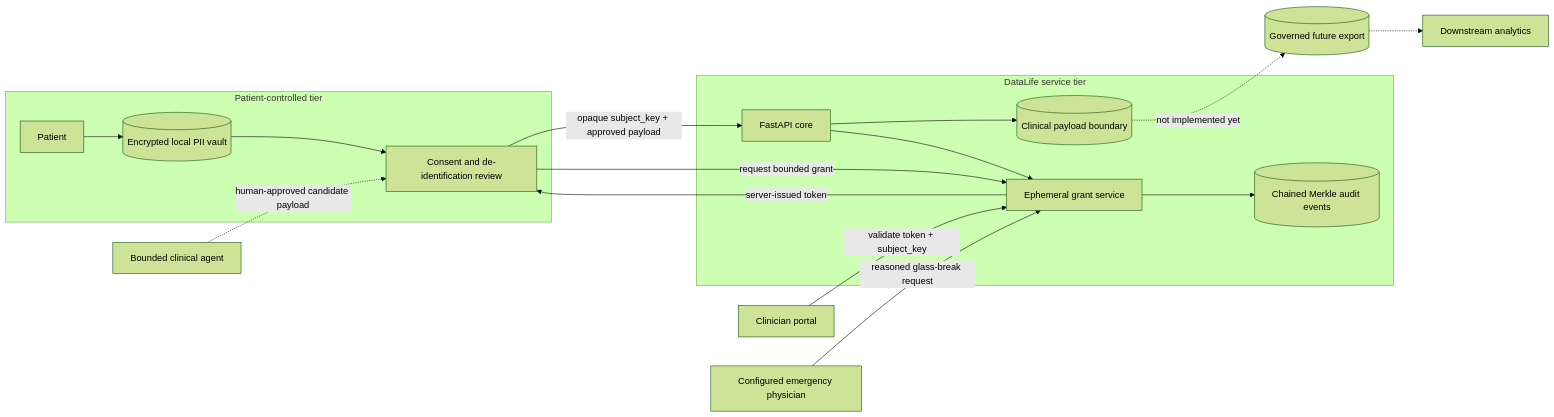
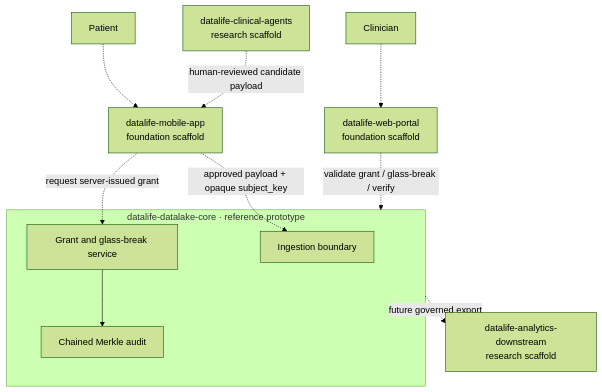
The diagram in profile/README.md (datalife-ehealth/.github), drawn with Mermaid (forest theme) before and after one commit. The commit also changed other lines of this file, not shown here.

````diff
--- a/profile/README.md
+++ b/profile/README.md
@@ -70,30 +58,21 @@
 ```mermaid
-flowchart LR
-    subgraph PatientTier["Patient-controlled tier"]
-        Patient[Patient]
-        Vault[(Encrypted local PII vault)]
-        Consent[Consent and de-identification review]
-        Patient --> Vault --> Consent
+flowchart TB
+    Patient[Patient] -.-> Mobile["datalife-mobile-app<br/>foundation scaffold"]
+    Clinician[Clinician] -.-> Web["datalife-web-portal<br/>foundation scaffold"]
+
+    subgraph CoreRepo["datalife-datalake-core · reference prototype"]
+        Ingest[Ingestion boundary]
+        Grants[Grant and glass-break service]
+        Audit[Chained Merkle audit]
+        Grants --> Audit
     end
 
-    subgraph ServiceTier["DataLife service tier"]
-        API[FastAPI core]
-        Observations[(Clinical payload boundary)]
-        Access[Ephemeral grant service]
-        Audit[(Chained Merkle audit events)]
-        API --> Observations
-        API --> Access
-        Access --> Audit
-    end
+    Mobile -. "approved payload + opaque subject_key" .-> Ingest
+    Mobile -. "request server-issued grant" .-> Grants
+    Web -. "validate grant / glass-break / verify" .-> CoreRepo
 
-    Consent -->|"opaque subject_key + approved payload"| API
-    Consent -->|"request bounded grant"| Access
-    Access -->|"server-issued token"| Consent
-
-    Clinician[Clinician portal] -->|"validate token + subject_key"| Access
-    Emergency[Configured emergency physician] -->|"reasoned glass-break request"| Access
-
-    Snapshot[(Governed future export)] -.-> Analytics[Downstream analytics]
-    Observations -.->|"not implemented yet"| Snapshot
-    Agent[Bounded clinical agent] -.->|"human-approved candidate payload"| Consent
+    Agents["datalife-clinical-agents<br/>research scaffold"]
+    Analytics["datalife-analytics-downstream<br/>research scaffold"]
+    Agents -. "human-reviewed candidate payload" .-> Mobile
+    CoreRepo -. "future governed export" .-> Analytics
 ```
````
